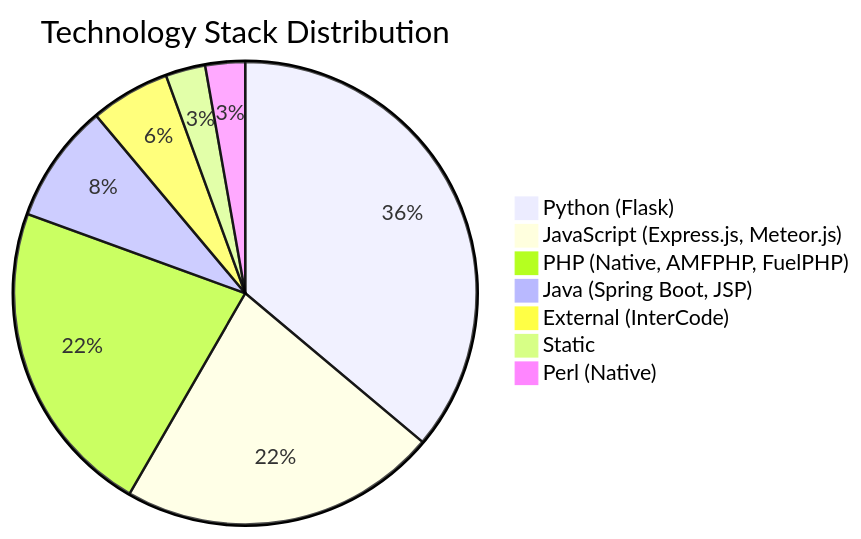
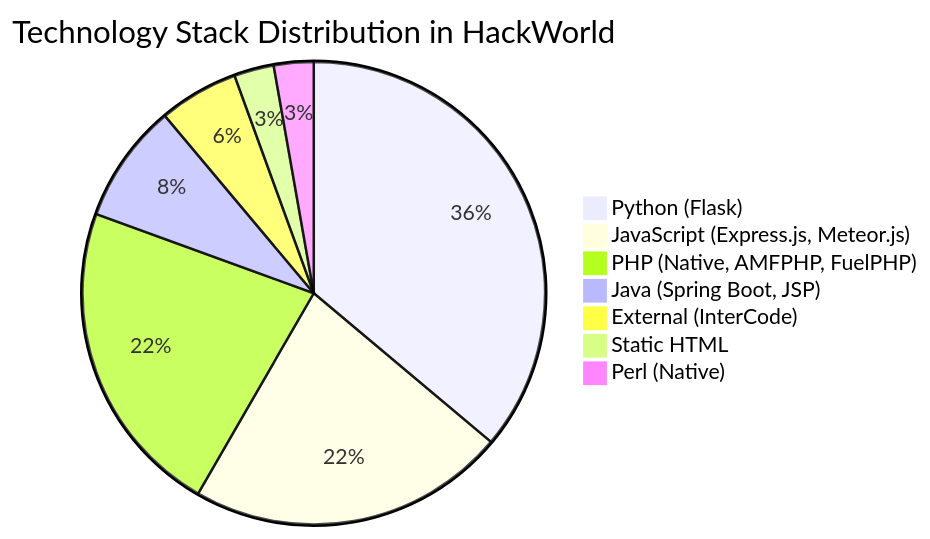
Before and after one commit to nishan-paul-2022/cmatrix-agentic-red-team: the third of 6 diagrams in docs/paper-research/md-downloaded-paper-curated/06-hackworld-evaluating-computer-use-agents-on-exploiting-web.md, drawn with Mermaid. The commit also changed other lines of this file and 52 other files, not shown here.

````diff
--- a/docs/paper-research/md-downloaded-paper-curated/06-hackworld-evaluating-computer-use-agents-on-exploiting-web.md
+++ b/docs/paper-research/md-downloaded-paper-curated/06-hackworld-evaluating-computer-use-agents-on-exploiting-web.md
@@ -253,10 +240,11 @@
 ```mermaid
-pie title Technology Stack Distribution
+pie title Technology Stack Distribution in HackWorld
     "Python (Flask)" : 13
     "JavaScript (Express.js, Meteor.js)" : 8
     "PHP (Native, AMFPHP, FuelPHP)" : 8
     "Java (Spring Boot, JSP)" : 3
     "External (InterCode)" : 2
-    "Static" : 1
+    "Static HTML" : 1
     "Perl (Native)" : 1
+
 ```
````
